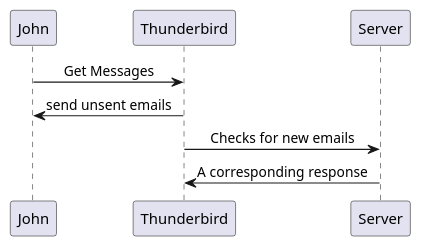
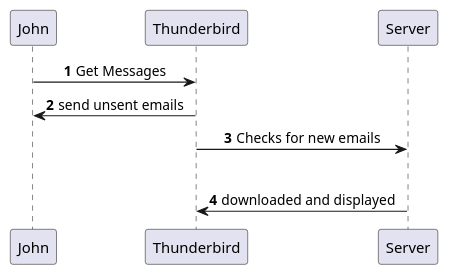
Before and after one commit to Anxiu0101/Semester4LectureNotes: the diagram in CS335FZ-Software-Engineering-Software-Process/FinalExam/AUTUMN 2019 EXAMINATION.md, drawn with PlantUML.

Commit message:
vault backup: 2022-06-19 09:44:54

````diff
--- a/CS335FZ-Software-Engineering-Software-Process/FinalExam/AUTUMN 2019 EXAMINATION.md
+++ b/CS335FZ-Software-Engineering-Software-Process/FinalExam/AUTUMN 2019 EXAMINATION.md
@@ -33,7 +33,9 @@
 ```puml
 skinparam sequenceMessageAlign center
+autonumber
 John -> Thunderbird: Get Messages
 Thunderbird -> John: send unsent emails
 Thunderbird -> Server: Checks for new emails
-Server -> Thunderbird: A corresponding response
+alt new emails
+Server -> Thunderbird: downloaded and displayed
 ```
````
